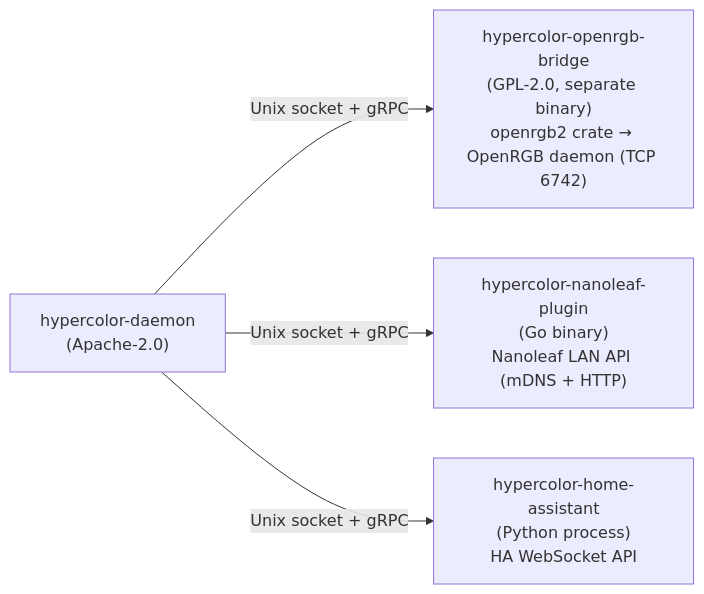
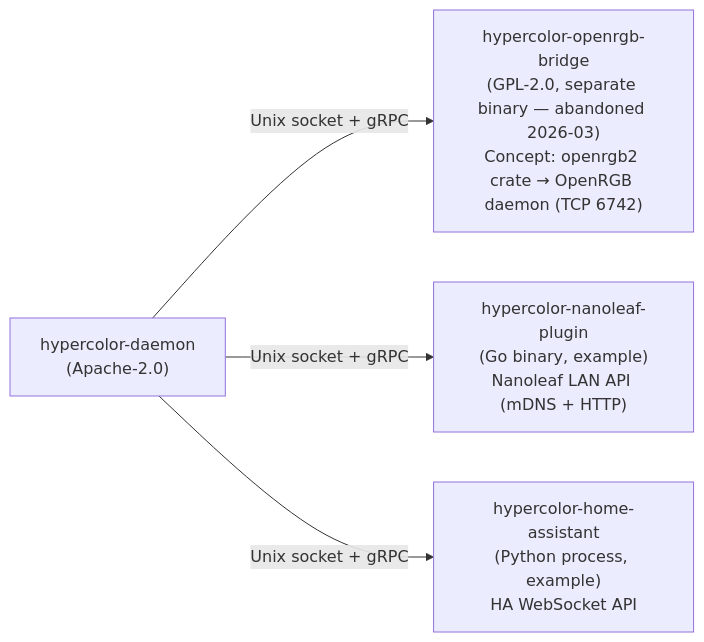
The first of 4 diagrams in docs/design/09-plugin-ecosystem.md (hyperb1iss/hypercolor), drawn with Mermaid before and after one commit. The commit also changed other lines of this file and 14 other files, not shown here.

````diff
--- a/docs/design/09-plugin-ecosystem.md
+++ b/docs/design/09-plugin-ecosystem.md
@@ -347,12 +352,12 @@
 ```mermaid
 graph LR
     Daemon["hypercolor-daemon<br/>(Apache-2.0)"]
 
-    OpenRGB["hypercolor-openrgb-bridge<br/>(GPL-2.0, separate binary)<br/>openrgb2 crate → OpenRGB daemon (TCP 6742)"]
-    Nanoleaf["hypercolor-nanoleaf-plugin<br/>(Go binary)<br/>Nanoleaf LAN API (mDNS + HTTP)"]
-    HA["hypercolor-home-assistant<br/>(Python process)<br/>HA WebSocket API"]
+    OpenRGB["hypercolor-openrgb-bridge<br/>(GPL-2.0, separate binary — abandoned 2026-03)<br/>Concept: openrgb2 crate → OpenRGB daemon (TCP 6742)"]
+    Nanoleaf["hypercolor-nanoleaf-plugin<br/>(Go binary, example)<br/>Nanoleaf LAN API (mDNS + HTTP)"]
+    HA["hypercolor-home-assistant<br/>(Python process, example)<br/>HA WebSocket API"]
 
     Daemon -->|Unix socket + gRPC| OpenRGB
     Daemon -->|Unix socket + gRPC| Nanoleaf
     Daemon -->|Unix socket + gRPC| HA
 ```
````
